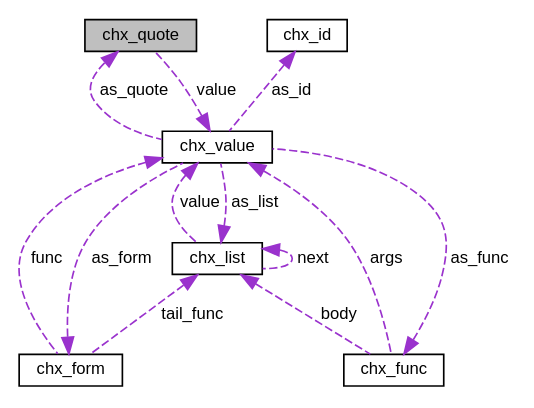
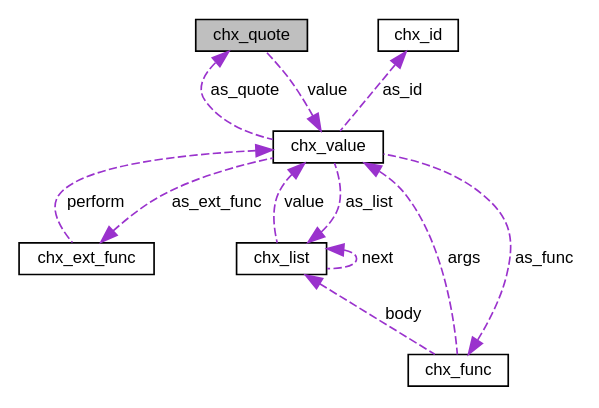
Before and after one commit to antonijn/cheax: the diagram in structchx__quote__coll__graph.dot, drawn with Graphviz. The commit also changed 150 other files, not shown here.

```diff
--- a/structchx__quote__coll__graph.dot
+++ b/structchx__quote__coll__graph.dot
@@ -1,24 +1,23 @@
 digraph "chx_quote"
 {
  // LATEX_PDF_SIZE
   edge [fontname="Helvetica",fontsize="10",labelfontname="Helvetica",labelfontsize="10"];
   node [fontname="Helvetica",fontsize="10",shape=record];
   Node1 [label="chx_quote",height=0.2,width=0.4,color="black", fillcolor="grey75", style="filled", fontcolor="black",tooltip="Quoted value type."];
   Node2 -> Node1 [dir="back",color="darkorchid3",fontsize="10",style="dashed",label=" value" ,fontname="Helvetica"];
   Node2 [label="chx_value",height=0.2,width=0.4,color="black", fillcolor="white", style="filled",URL="$structchx__value.html",tooltip="Represents a value in the cheax environment."];
   Node1 -> Node2 [dir="back",color="darkorchid3",fontsize="10",style="dashed",label=" as_quote" ,fontname="Helvetica"];
-  Node3 -> Node2 [dir="back",color="darkorchid3",fontsize="10",style="dashed",label=" as_form" ,fontname="Helvetica"];
-  Node3 [label="chx_form",height=0.2,width=0.4,color="black", fillcolor="white", style="filled",URL="$structchx__form.html",tooltip="Cheax external/user function expression."];
-  Node4 -> Node3 [dir="back",color="darkorchid3",fontsize="10",style="dashed",label=" tail_func" ,fontname="Helvetica"];
-  Node4 [label="chx_list",height=0.2,width=0.4,color="black", fillcolor="white", style="filled",URL="$structchx__list.html",tooltip="List type."];
-  Node4 -> Node4 [dir="back",color="darkorchid3",fontsize="10",style="dashed",label=" next" ,fontname="Helvetica"];
-  Node2 -> Node4 [dir="back",color="darkorchid3",fontsize="10",style="dashed",label=" value" ,fontname="Helvetica"];
-  Node2 -> Node3 [dir="back",color="darkorchid3",fontsize="10",style="dashed",label=" func" ,fontname="Helvetica"];
-  Node5 -> Node2 [dir="back",color="darkorchid3",fontsize="10",style="dashed",label=" as_id" ,fontname="Helvetica"];
-  Node5 [label="chx_id",height=0.2,width=0.4,color="black", fillcolor="white", style="filled",URL="$structchx__id.html",tooltip="Identifier type."];
-  Node4 -> Node2 [dir="back",color="darkorchid3",fontsize="10",style="dashed",label=" as_list" ,fontname="Helvetica"];
+  Node3 -> Node2 [dir="back",color="darkorchid3",fontsize="10",style="dashed",label=" as_ext_func" ,fontname="Helvetica"];
+  Node3 [label="chx_ext_func",height=0.2,width=0.4,color="black", fillcolor="white", style="filled",URL="$structchx__ext__func.html",tooltip="Cheax external/user function expression."];
+  Node2 -> Node3 [dir="back",color="darkorchid3",fontsize="10",style="dashed",label=" perform" ,fontname="Helvetica"];
+  Node4 -> Node2 [dir="back",color="darkorchid3",fontsize="10",style="dashed",label=" as_id" ,fontname="Helvetica"];
+  Node4 [label="chx_id",height=0.2,width=0.4,color="black", fillcolor="white", style="filled",URL="$structchx__id.html",tooltip="Identifier type."];
+  Node5 -> Node2 [dir="back",color="darkorchid3",fontsize="10",style="dashed",label=" as_list" ,fontname="Helvetica"];
+  Node5 [label="chx_list",height=0.2,width=0.4,color="black", fillcolor="white", style="filled",URL="$structchx__list.html",tooltip="List type."];
+  Node5 -> Node5 [dir="back",color="darkorchid3",fontsize="10",style="dashed",label=" next" ,fontname="Helvetica"];
+  Node2 -> Node5 [dir="back",color="darkorchid3",fontsize="10",style="dashed",label=" value" ,fontname="Helvetica"];
   Node6 -> Node2 [dir="back",color="darkorchid3",fontsize="10",style="dashed",label=" as_func" ,fontname="Helvetica"];
   Node6 [label="chx_func",height=0.2,width=0.4,color="black", fillcolor="white", style="filled",URL="$structchx__func.html",tooltip="Function or macro type."];
-  Node4 -> Node6 [dir="back",color="darkorchid3",fontsize="10",style="dashed",label=" body" ,fontname="Helvetica"];
+  Node5 -> Node6 [dir="back",color="darkorchid3",fontsize="10",style="dashed",label=" body" ,fontname="Helvetica"];
   Node2 -> Node6 [dir="back",color="darkorchid3",fontsize="10",style="dashed",label=" args" ,fontname="Helvetica"];
 }
```
